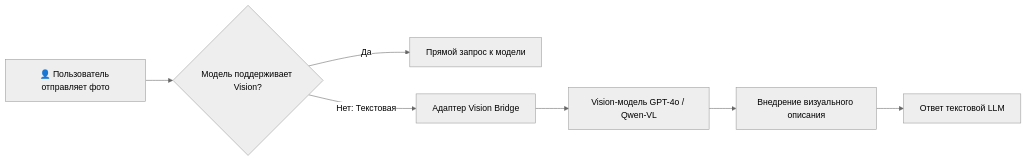
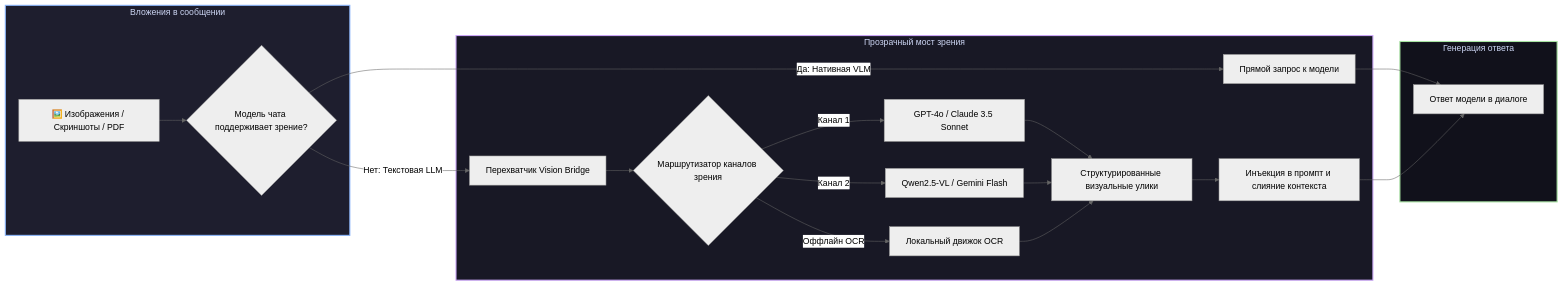
The diagram in README.ru.md (GooDAnDReaDY/dsh-vision-bridge), drawn with Mermaid (neutral theme) before and after one commit. The commit also changed other lines of this file and 2 other files, not shown here.

Commit message:
docs: expand dsh-vision-bridge with full 27 vision tools breakdown, channels, routing architecture & HTTP routes

````diff
--- a/README.ru.md
+++ b/README.ru.md
@@ -28,9 +32,28 @@
 ```mermaid
 graph LR
-    User[👤 Пользователь отправляет фото] --> Intercept{Модель поддерживает Vision?}
-    Intercept -->|Да| Direct[Прямой запрос к модели]
-    Intercept -->|Нет: Текстовая| Bridge[Адаптер Vision Bridge]
-    Bridge --> VLM[Vision-модель GPT-4o / Qwen-VL]
-    VLM --> Fusion[Внедрение визуального описания]
-    Fusion --> TextLLM[Ответ текстовой LLM]
+    subgraph Input [Вложения в сообщении]
+        Attach[🖼️ Изображения / Скриншоты / PDF] --> Check{Модель чата поддерживает зрение?}
+    end
+
+    subgraph Transparent [Прозрачный мост зрения]
+        Check -->|Да: Нативная VLM| Pass[Прямой запрос к модели]
+        Check -->|Нет: Текстовая LLM| Interceptor[Перехватчик Vision Bridge]
+        Interceptor --> VisionRouter{Маршрутизатор каналов зрения}
+        VisionRouter -->|Канал 1| V1[GPT-4o / Claude 3.5 Sonnet]
+        VisionRouter -->|Канал 2| V2[Qwen2.5-VL / Gemini Flash]
+        VisionRouter -->|Оффлайн OCR| V3[Локальный движок OCR]
+        V1 --> Structured[Структурированные визуальные улики]
+        V2 --> Structured
+        V3 --> Structured
+        Structured --> Fuse[Инъекция в промпт и слияние контекста]
+    end
+
+    subgraph Execution [Генерация ответа]
+        Pass --> LLM[Ответ модели в диалоге]
+        Fuse --> LLM
+    end
+
+    style Input fill:#1e1e2e,stroke:#89b4fa,stroke-width:2px,color:#cdd6f4
+    style Transparent fill:#181825,stroke:#cba6f7,stroke-width:2px,color:#cdd6f4
+    style Execution fill:#11111b,stroke:#a6e3a1,stroke-width:2px,color:#cdd6f4
 ```
````
